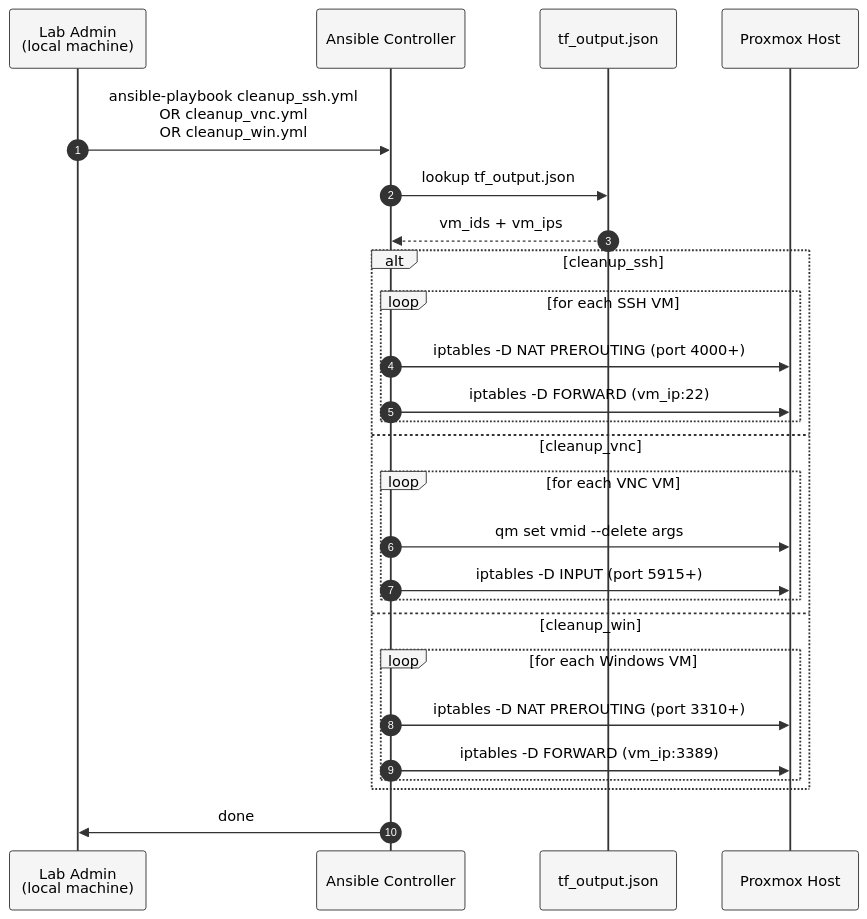
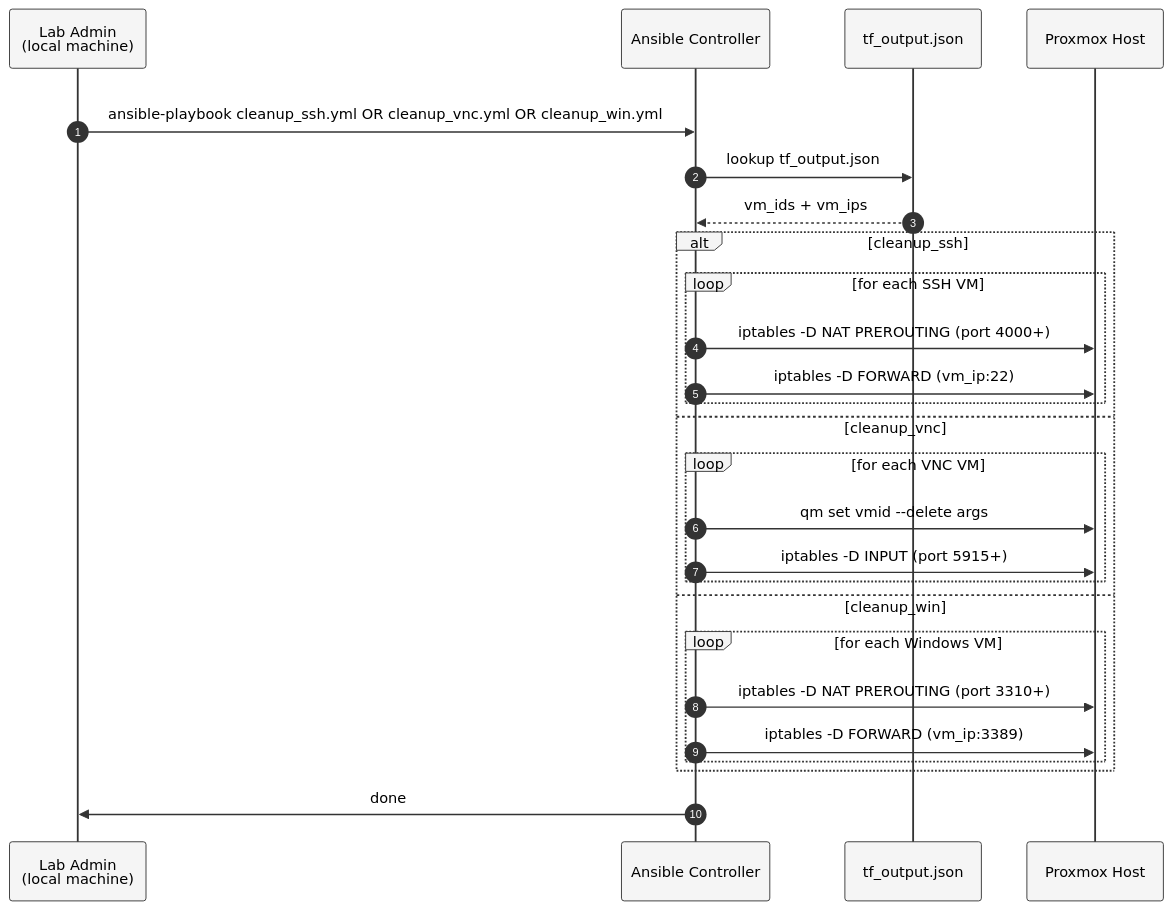
The second of 2 diagrams in playsoft-infra/ansible/SEQUENCE.md (abdou-ing/playsoft-jilani-gharbi), drawn with Mermaid before and after one commit. The commit also changed other lines of this file, not shown here.

Commit message:
add steps for ansible

````diff
--- a/playsoft-infra/ansible/SEQUENCE.md
+++ b/playsoft-infra/ansible/SEQUENCE.md
@@ -186,33 +188,35 @@
 ```mermaid
 %%{init: {'theme': 'base', 'themeVariables': {'background': '#ffffff', 'mainBkg': '#ffffff', 'primaryColor': '#f0f0f0', 'primaryTextColor': '#000000', 'primaryBorderColor': '#333333', 'lineColor': '#333333', 'textColor': '#000000', 'actorTextColor': '#000000', 'actorBkg': '#f5f5f5', 'actorBorderColor': '#333333', 'actorLineColor': '#333333', 'signalColor': '#333333', 'signalTextColor': '#000000', 'noteTextColor': '#000000', 'noteBkgColor': '#ffffee', 'noteBorderColor': '#999933', 'loopTextColor': '#000000', 'activationBorderColor': '#333333', 'activationBkgColor': '#eeeeee', 'sequenceNumberColor': '#ffffff', 'labelBoxBkgColor': '#f5f5f5', 'labelBoxBorderColor': '#333333', 'labelTextColor': '#000000'}}}%%
 sequenceDiagram
     autonumber
     participant Op as Lab Admin<br/>(local machine)
     participant AC as Ansible Controller
     participant TF as tf_output.json
     participant PVE as Proxmox Host
 
-    Op->>AC: ansible-playbook cleanup_ssh.yml<br/>OR cleanup_vnc.yml<br/>OR cleanup_win.yml
+    rect rgb(255, 255, 255)
+        Op->>AC: ansible-playbook cleanup_ssh.yml OR cleanup_vnc.yml OR cleanup_win.yml
 
-    AC->>TF: lookup tf_output.json
-    TF-->>AC: vm_ids + vm_ips
+        AC->>TF: lookup tf_output.json
+        TF-->>AC: vm_ids + vm_ips
 
-    alt cleanup_ssh
-        loop for each SSH VM
-            AC->>PVE: iptables -D NAT PREROUTING (port 4000+)
-            AC->>PVE: iptables -D FORWARD (vm_ip:22)
+        alt cleanup_ssh
+            loop for each SSH VM
+                AC->>PVE: iptables -D NAT PREROUTING (port 4000+)
+                AC->>PVE: iptables -D FORWARD (vm_ip:22)
+            end
+        else cleanup_vnc
+            loop for each VNC VM
+                AC->>PVE: qm set vmid --delete args
+                AC->>PVE: iptables -D INPUT (port 5915+)
+            end
+        else cleanup_win
+            loop for each Windows VM
+                AC->>PVE: iptables -D NAT PREROUTING (port 3310+)
+                AC->>PVE: iptables -D FORWARD (vm_ip:3389)
+            end
         end
-    else cleanup_vnc
-        loop for each VNC VM
-            AC->>PVE: qm set vmid --delete args
-            AC->>PVE: iptables -D INPUT (port 5915+)
-        end
-    else cleanup_win
-        loop for each Windows VM
-            AC->>PVE: iptables -D NAT PREROUTING (port 3310+)
-            AC->>PVE: iptables -D FORWARD (vm_ip:3389)
-        end
+
+        AC->>Op: done
     end
-
-    AC->>Op: done
 ```
````
